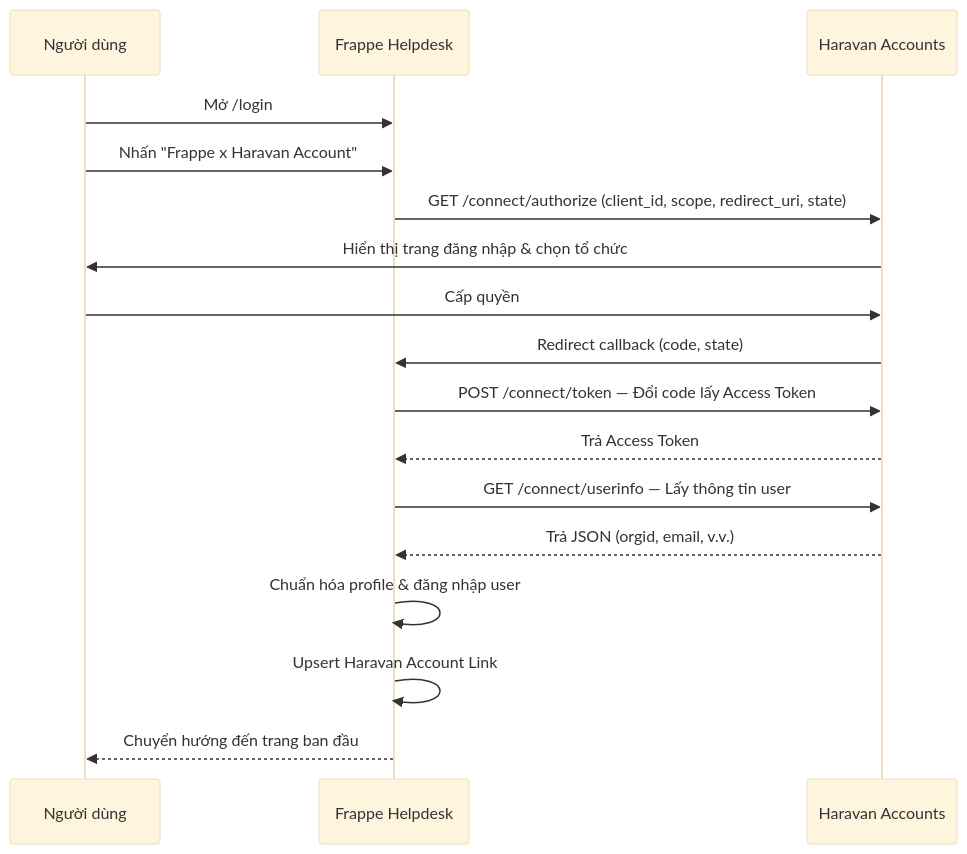
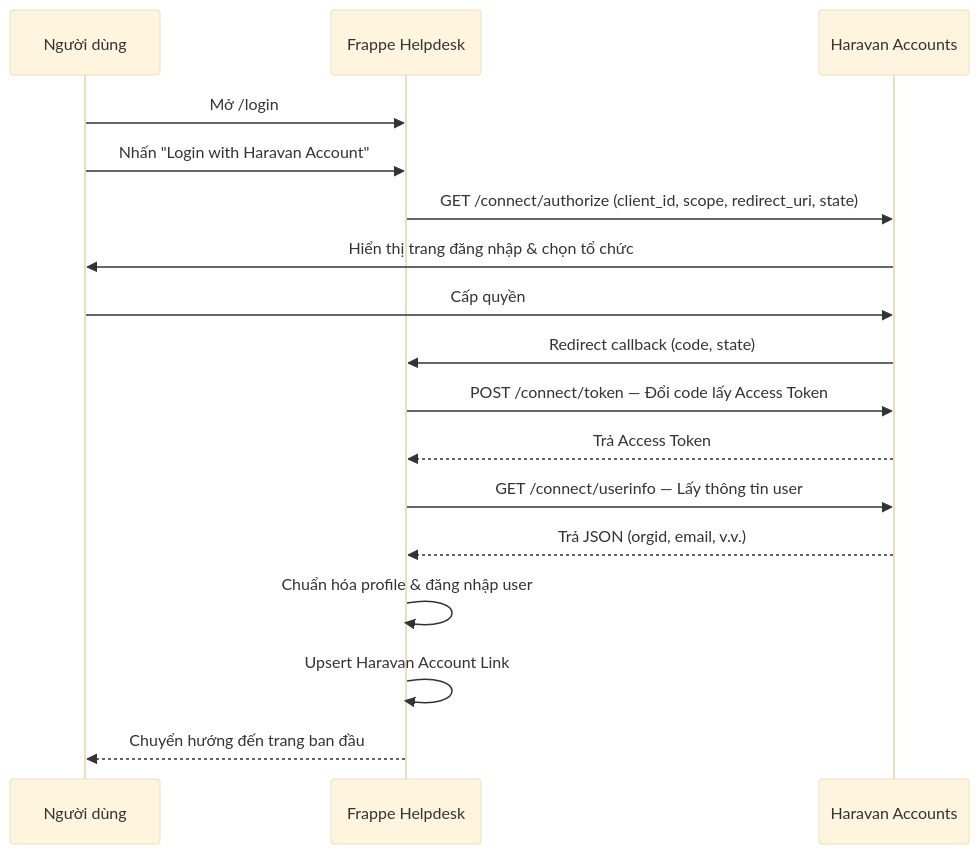
Before and after one commit to tody-agent/login_with_haravan: the first of 2 diagrams in docs/architecture/oauth-flow.md, drawn with Mermaid (base theme). The commit also changed other lines of this file and 26 other files, not shown here.

Commit message:
fix(critical): rollback rebranding from 'Frappe x Haravan' to 'Login With Haravan' completely to resolve bugs

````diff
--- a/docs/architecture/oauth-flow.md
+++ b/docs/architecture/oauth-flow.md
@@ -16,20 +16,20 @@
 ```mermaid
 sequenceDiagram
     participant User as Người dùng
     participant Frappe as Frappe Helpdesk
     participant Haravan as Haravan Accounts
 
     User->>Frappe: Mở /login
-    User->>Frappe: Nhấn "Frappe x Haravan Account"
+    User->>Frappe: Nhấn "Login with Haravan Account"
     Frappe->>Haravan: GET /connect/authorize (client_id, scope, redirect_uri, state)
     Haravan->>User: Hiển thị trang đăng nhập & chọn tổ chức
     User->>Haravan: Cấp quyền
     Haravan->>Frappe: Redirect callback (code, state)
     Frappe->>Haravan: POST /connect/token — Đổi code lấy Access Token
     Haravan-->>Frappe: Trả Access Token
     Frappe->>Haravan: GET /connect/userinfo — Lấy thông tin user
     Haravan-->>Frappe: Trả JSON (orgid, email, v.v.)
     Frappe->>Frappe: Chuẩn hóa profile & đăng nhập user
     Frappe->>Frappe: Upsert Haravan Account Link
     Frappe-->>User: Chuyển hướng đến trang ban đầu
 ```
````
